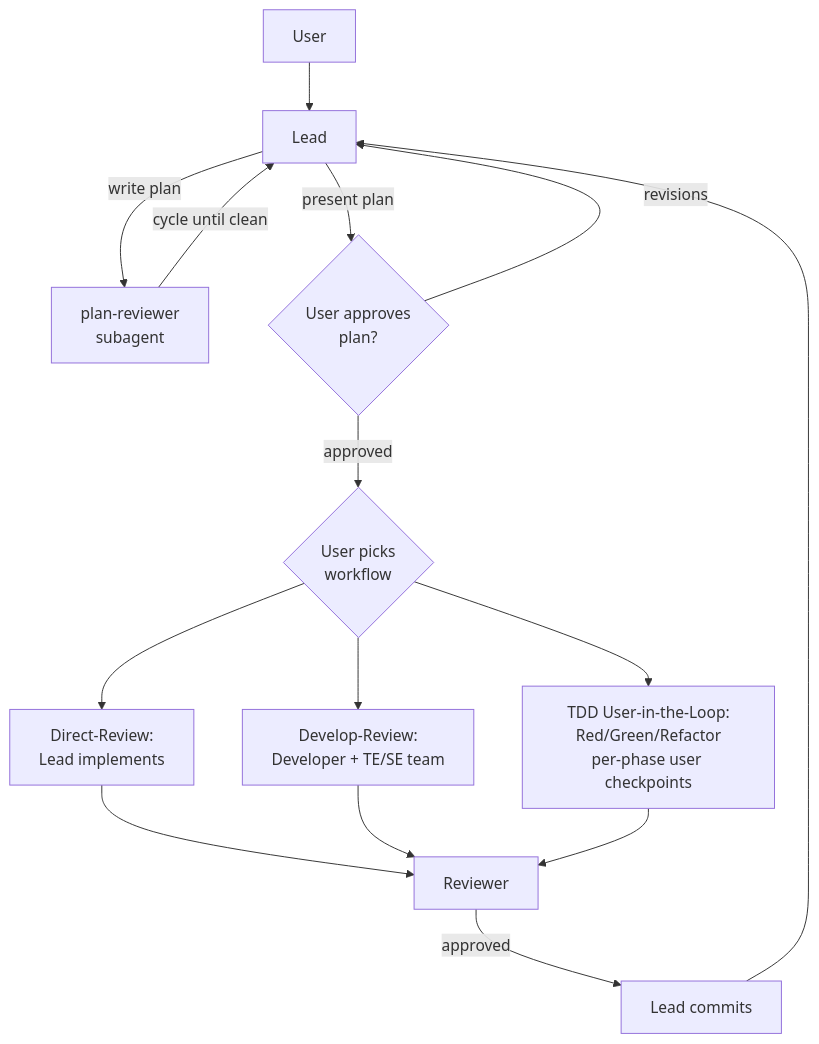
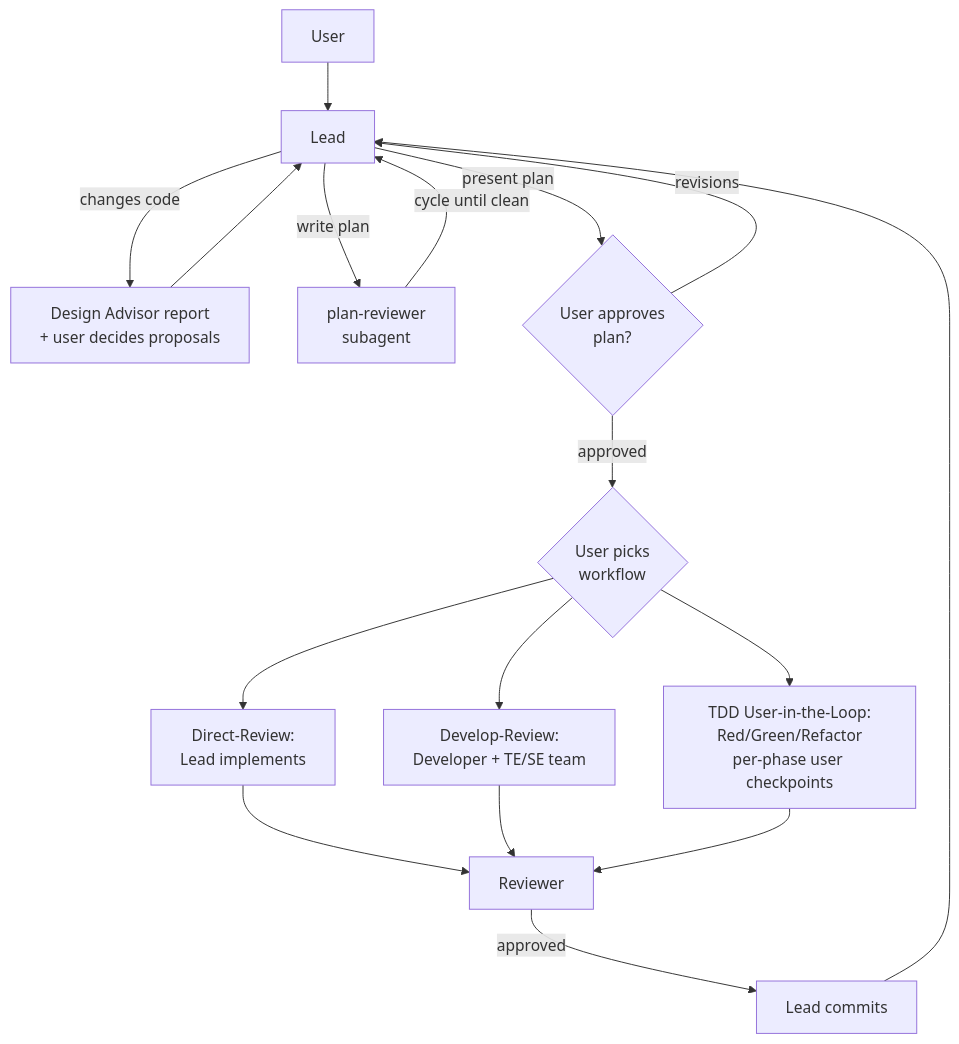
One commit to chdalski/claude_orchestration changed the second of 3 diagrams in README.md. Above: the diagram before and after it, drawn with Mermaid. The commit also changed other lines of this file and 21 other files, not shown here.

````diff
--- a/README.md
+++ b/README.md
@@ -212,17 +222,19 @@
 ```mermaid
 graph TD
     User --> Lead
+    Lead -->|changes code| DA[Design Advisor report<br/>+ user decides proposals]
+    DA --> Lead
     Lead -->|write plan| PR[plan-reviewer<br/>subagent]
     PR -->|cycle until clean| Lead
     Lead -->|present plan| UPlan{User approves<br/>plan?}
     UPlan -->|revisions| Lead
     UPlan -->|approved| WS{User picks<br/>workflow}
     WS --> DR[Direct-Review:<br/>Lead implements]
     WS --> DReview[Develop-Review:<br/>Developer + TE/SE team]
     WS --> TDD[TDD User-in-the-Loop:<br/>Red/Green/Refactor<br/>per-phase user checkpoints]
     DR --> Rev[Reviewer]
     DReview --> Rev
     TDD --> Rev
     Rev -->|approved| Commit[Lead commits]
     Commit --> Lead
 ```
````
